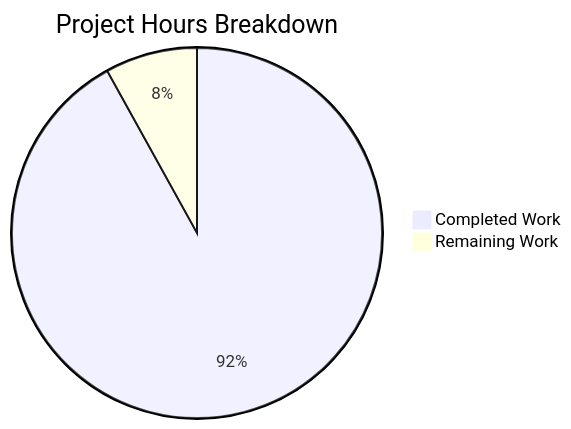
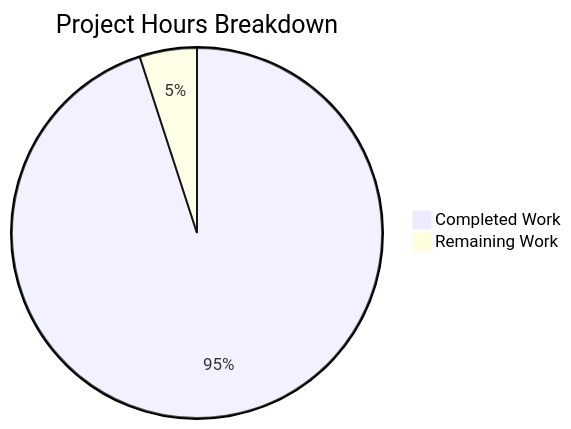
One commit to sudhanshu-spec/test-spec changed the diagram in blitzy/documentation/Project Guide.md. Above: the diagram before and after it, drawn with Mermaid. The commit also changed other lines of this file, not shown here.

Commit message:
Adding Blitzy Project Guide: Project Status and Human Tasks Remaining

````diff
--- a/blitzy/documentation/Project Guide.md
+++ b/blitzy/documentation/Project Guide.md
@@ -52,5 +57,5 @@
 ```mermaid
 pie title Project Hours Breakdown
-    "Completed Work" : 80
-    "Remaining Work" : 7
+    "Completed Work" : 38
+    "Remaining Work" : 2
 ```
````
